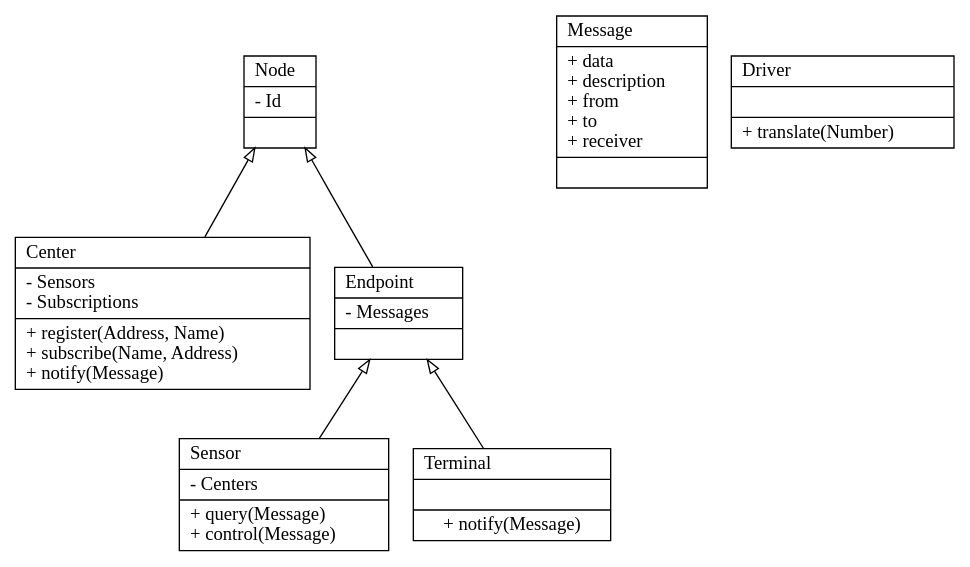
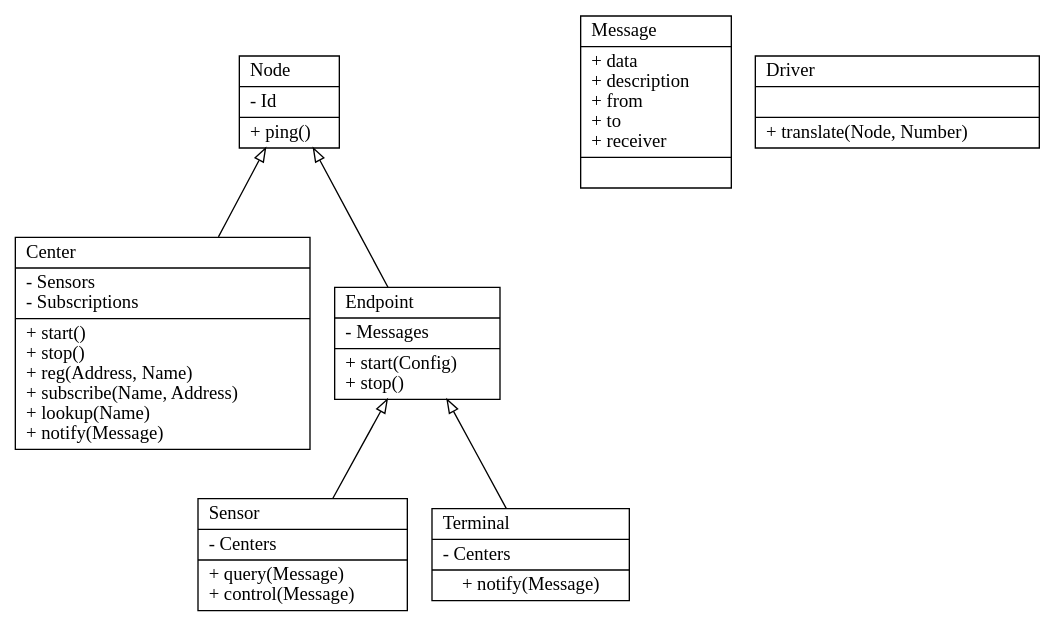
One commit to vmiklos/bsc-thesis changed the diagram in statikus-struktura-diagram.dot. Above: the diagram before and after it, drawn with Graphviz. The commit also changed 1 other file, not shown here.

Commit message:
statikus struktura diagram frissites

```diff
--- a/statikus-struktura-diagram.dot
+++ b/statikus-struktura-diagram.dot
@@ -1,22 +1,22 @@
 digraph G {
 	node [shape=record]
-	c0 [label="{Node\l|- Id\l|}"]
+	c0 [label="{Node\l|- Id\l|+ ping()\l}"]
 
-	c1 [label="{Center\l|- Sensors\l- Subscriptions\l|+ register(Address, Name)\l+ subscribe(Name, Address)\l+ notify(Message)\l}"]
+	c1 [label="{Center\l|- Sensors\l- Subscriptions\l|+ start()\l+ stop()\l+ reg(Address, Name)\l+ subscribe(Name, Address)\l+ lookup(Name)\l+ notify(Message)\l}"]
 	c0 -> c1 [dir=back,arrowtail=empty]
 
-	c2 [label="{Endpoint\l|- Messages\l|}"]
+	c2 [label="{Endpoint\l|- Messages\l|+ start(Config)\l+ stop()\l}"]
 	c0 -> c2 [dir=back,arrowtail=empty]
 
 	c3 [label="{Sensor\l|- Centers\l|+ query(Message)\l+ control(Message)\l}"]
 	c2 -> c3 [dir=back,arrowtail=empty]
 
-	c4 [label="{Terminal\l||+ notify(Message)}"]
+	c4 [label="{Terminal\l|- Centers\l|+ notify(Message)}"]
 	c2 -> c4 [dir=back,arrowtail=empty]
 
 	s1 [label="",shape=none,width=2]
 
 	c5 [label="{Message\l|+ data\l+ description\l+ from\l+ to\l+ receiver\l|}"]
 
-	c6 [label="{Driver\l||+ translate(Number)\l}}"]
+	c6 [label="{Driver\l||+ translate(Node, Number)\l}}"]
 }
```
